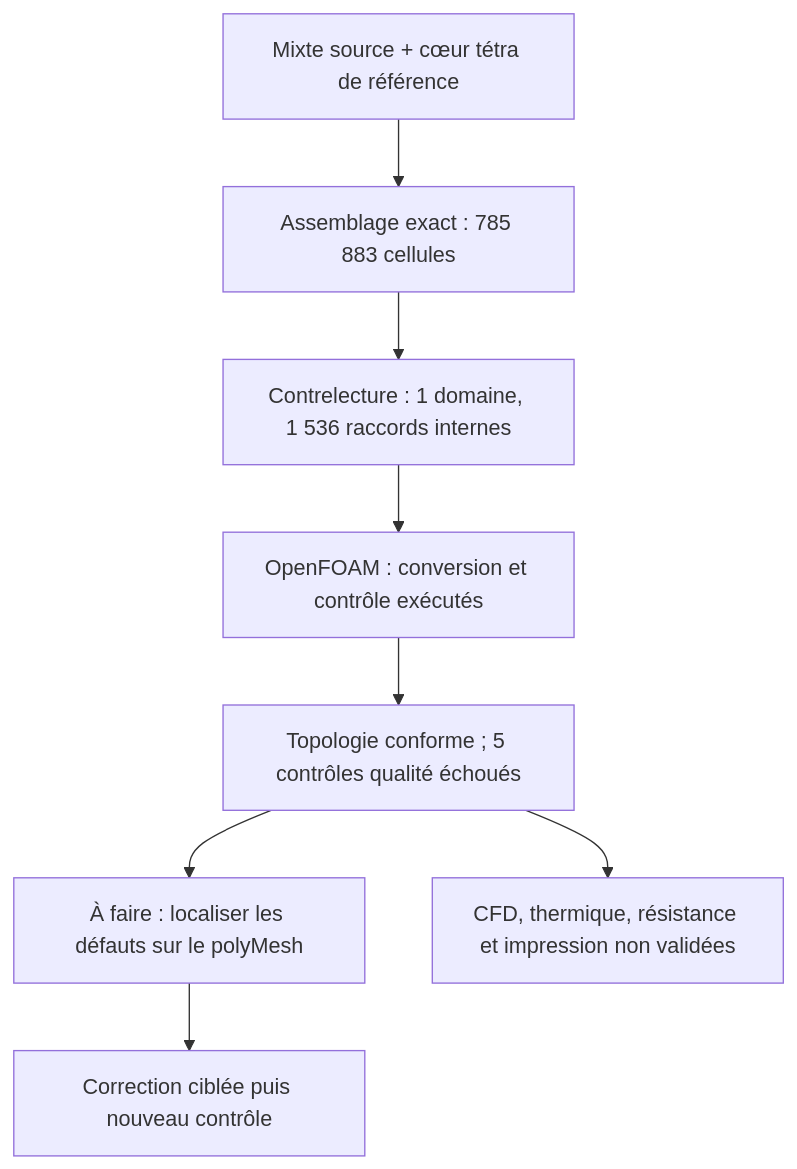
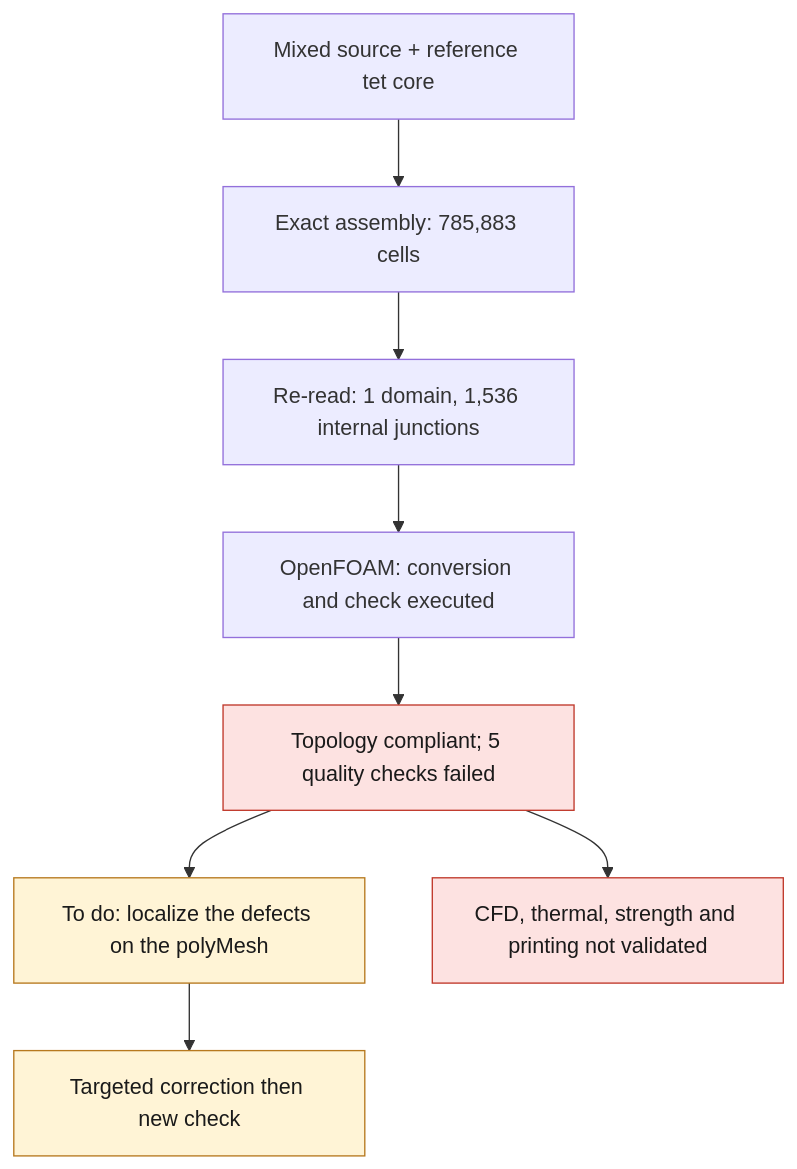
One commit to cluster2600/porscheparts changed the diagram in docs/reports/M64_HYBRID_OPENFOAM_20260909.md. Above: the diagram before and after it, drawn with Mermaid. The commit also changed other lines of this file and 228 other files, not shown here.

````diff
--- a/docs/reports/M64_HYBRID_OPENFOAM_20260909.md
+++ b/docs/reports/M64_HYBRID_OPENFOAM_20260909.md
@@ -132,10 +132,14 @@
 ```mermaid
 flowchart TD
-    A["Mixte source + cœur tétra de référence"] --> B["Assemblage exact : 785 883 cellules"]
-    B --> C["Contrelecture : 1 domaine, 1 536 raccords internes"]
-    C --> D["OpenFOAM : conversion et contrôle exécutés"]
-    D --> E["Topologie conforme ; 5 contrôles qualité échoués"]
-    E --> F["À faire : localiser les défauts sur le polyMesh"]
-    F --> G["Correction ciblée puis nouveau contrôle"]
-    E --> H["CFD, thermique, résistance et impression non validées"]
+    A["Mixed source + reference tet core"] --> B["Exact assembly: 785,883 cells"]
+    B --> C["Re-read: 1 domain, 1,536 internal junctions"]
+    C --> D["OpenFOAM: conversion and check executed"]
+    D --> E["Topology compliant; 5 quality checks failed"]
+    E --> F["To do: localize the defects on the polyMesh"]
+    F --> G["Targeted correction then new check"]
+    E --> H["CFD, thermal, strength and printing not validated"]
+    classDef stop fill:#fde2e1,stroke:#c0392b,color:#1a1a1a;
+    classDef open fill:#fff4d6,stroke:#b7791f,color:#1a1a1a;
+    class E,H stop
+    class F,G open
 ```
````
